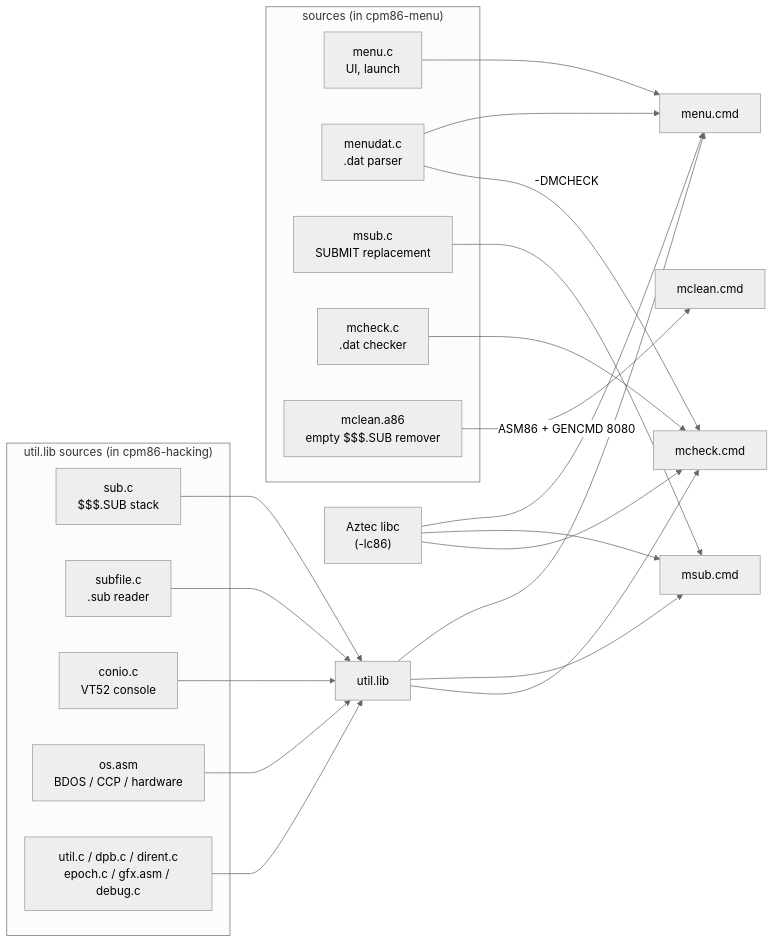
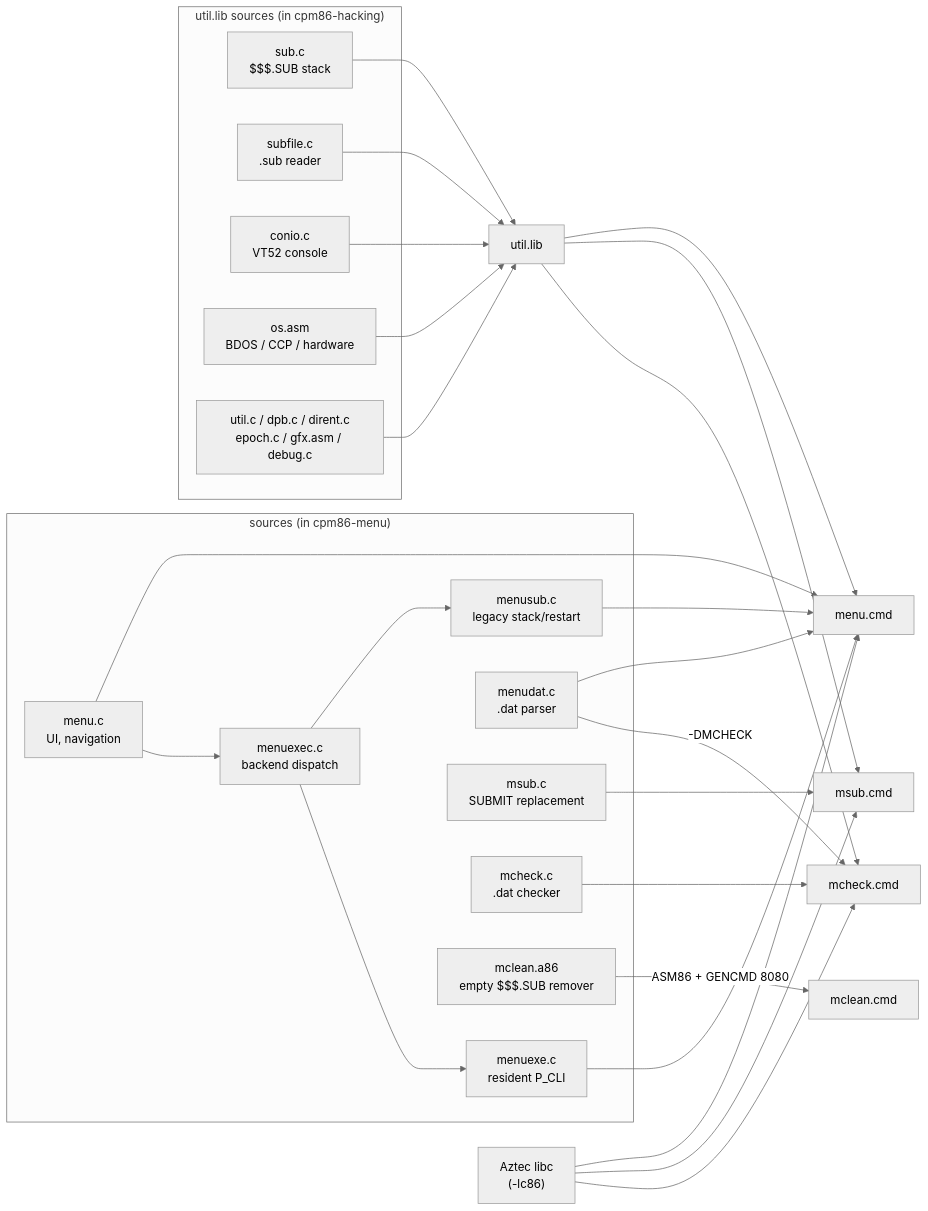
Before and after one commit to tsupplis/cpm86-menu: the first of 6 diagrams in implementation.md, drawn with Mermaid (neutral theme). The commit also changed other lines of this file and 15 other files, not shown here.

````diff
--- a/implementation.md
+++ b/implementation.md
@@ -8,34 +9,42 @@
 ```mermaid
 flowchart LR
     subgraph SRC["sources (in cpm86-menu)"]
-        MC["menu.c<br/>UI, launch"]
+        MC["menu.c<br/>UI, navigation"]
+        ME["menuexec.c<br/>backend dispatch"]
+        SB["menusub.c<br/>legacy stack/restart"]
+        EX["menuexe.c<br/>resident P_CLI"]
         MD["menudat.c<br/>.dat parser"]
         MS["msub.c<br/>SUBMIT replacement"]
         MK["mcheck.c<br/>.dat checker"]
         ML["mclean.a86<br/>empty $$$.SUB remover"]
     end
     subgraph ULS["util.lib sources (in cpm86-hacking)"]
         SC["sub.c<br/>$$$.SUB stack"]
         SF["subfile.c<br/>.sub reader"]
         CO["conio.c<br/>VT52 console"]
         OS["os.asm<br/>BDOS / CCP / hardware"]
         UT["util.c / dpb.c / dirent.c<br/>epoch.c / gfx.asm / debug.c"]
     end
     SC --> UL["util.lib"]
     SF --> UL
     CO --> UL
     OS --> UL
     UT --> UL
     MC --> CMD["menu.cmd"]
     MD --> CMD
+    MC --> ME
+    ME --> SB
+    ME --> EX
+    SB --> CMD
+    EX --> CMD
     UL --> CMD
     LC["Aztec libc<br/>(-lc86)"] --> CMD
     MS --> MSC["msub.cmd"]
     UL --> MSC
     LC --> MSC
     MK --> MKC["mcheck.cmd"]
     MD -- "-DMCHECK" --> MKC
     UL --> MKC
     LC --> MKC
     ML -- "ASM86 + GENCMD 8080" --> MLC["mclean.cmd"]
 ```
````
